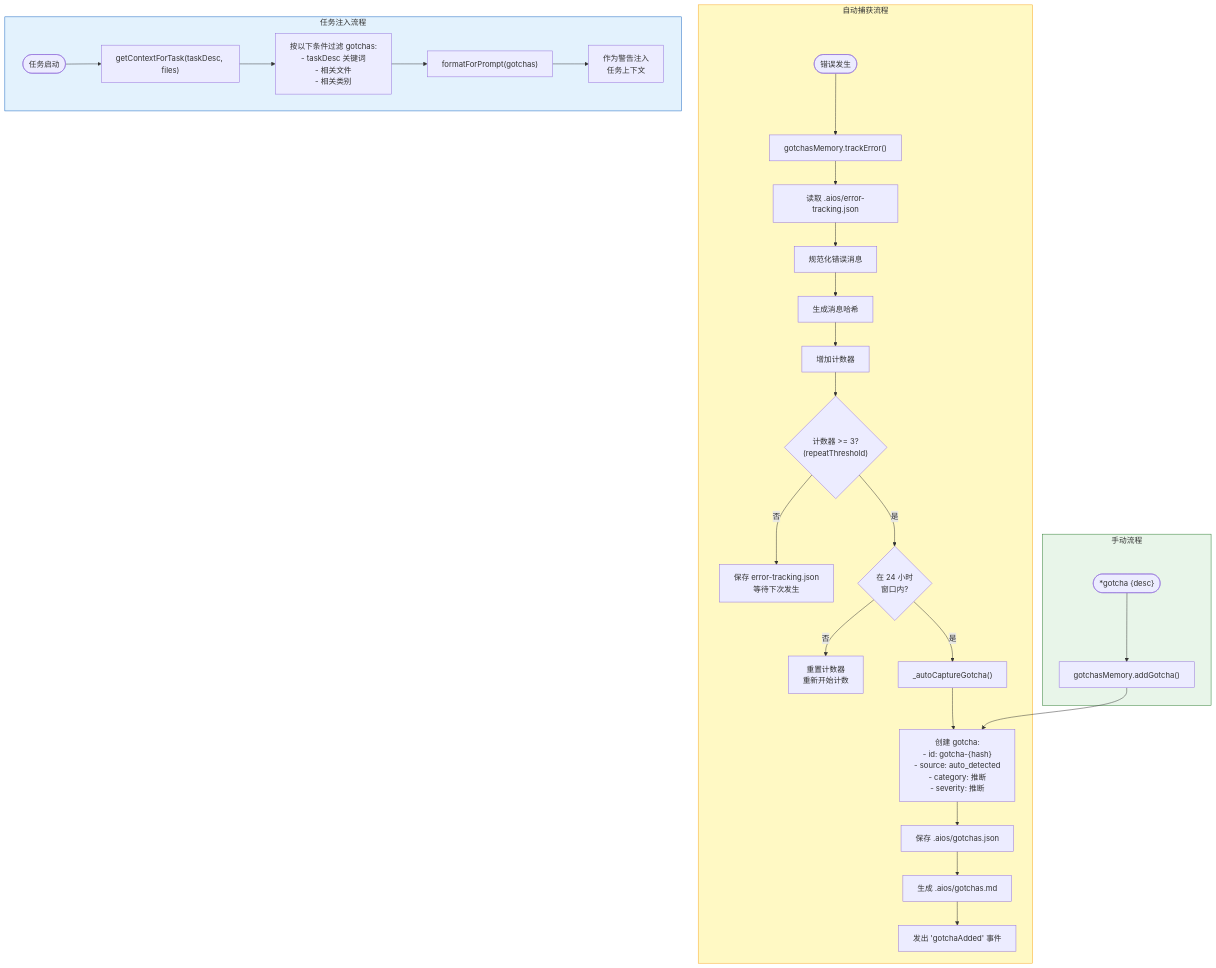
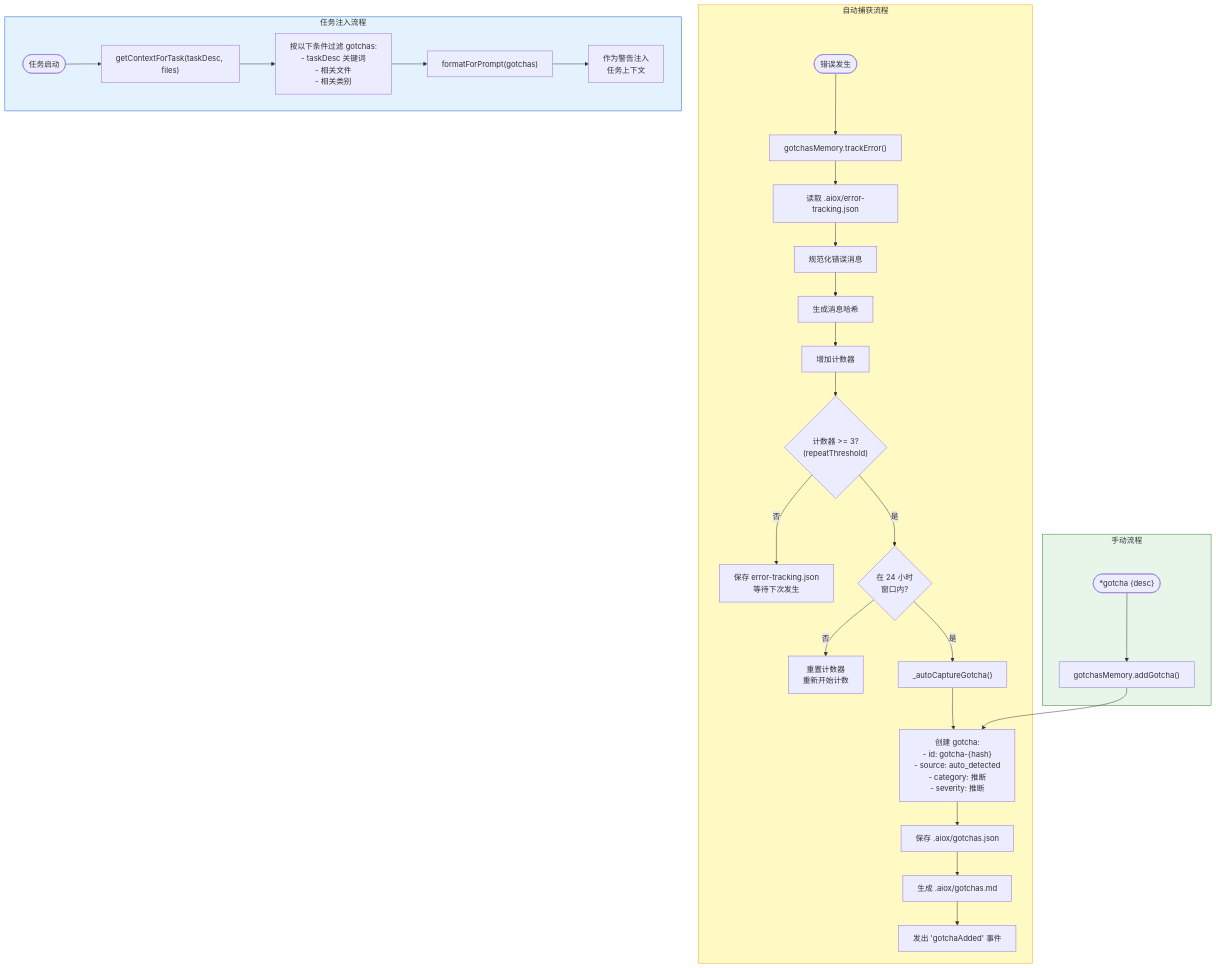
One commit to brunajunckes/aiox-core changed diagram 13 of 18 in docs/zh/guides/MEMORY-SYSTEM.md. Above: the diagram before and after it, drawn with Mermaid. The commit also changed other lines of this file and 3446 other files, not shown here.

First line of the commit message:
chore: rebrand aios → aiox across entire codebase (#552)

````diff
--- a/docs/zh/guides/MEMORY-SYSTEM.md
+++ b/docs/zh/guides/MEMORY-SYSTEM.md
@@ -602,39 +602,39 @@
 ```mermaid
 flowchart TD
     subgraph ERROR_FLOW["自动捕获流程"]
         ERR([错误发生]) --> TRACK["gotchasMemory.trackError()"]
-        TRACK --> READ_ET["读取 .aios/error-tracking.json"]
+        TRACK --> READ_ET["读取 .aiox/error-tracking.json"]
         READ_ET --> NORMALIZE["规范化错误消息"]
         NORMALIZE --> HASH["生成消息哈希"]
         HASH --> INCREMENT["增加计数器"]
         INCREMENT --> CHECK{"计数器 >= 3?<br/>(repeatThreshold)"}
 
         CHECK -->|"否"| SAVE_ET["保存 error-tracking.json<br/>等待下次发生"]
         CHECK -->|"是"| WINDOW{"在 24 小时<br/>窗口内?"}
 
         WINDOW -->|"否"| RESET["重置计数器<br/>重新开始计数"]
         WINDOW -->|"是"| AUTO_CAPTURE["_autoCaptureGotcha()"]
 
         AUTO_CAPTURE --> CREATE["创建 gotcha:<br/>- id: gotcha-{hash}<br/>- source: auto_detected<br/>- category: 推断<br/>- severity: 推断"]
 
-        CREATE --> SAVE_JSON["保存 .aios/gotchas.json"]
-        SAVE_JSON --> SAVE_MD["生成 .aios/gotchas.md"]
+        CREATE --> SAVE_JSON["保存 .aiox/gotchas.json"]
+        SAVE_JSON --> SAVE_MD["生成 .aiox/gotchas.md"]
         SAVE_MD --> EMIT["发出 'gotchaAdded' 事件"]
     end
 
     subgraph MANUAL_FLOW["手动流程"]
         CMD(["*gotcha {desc}"]) --> ADD["gotchasMemory.addGotcha()"]
         ADD --> CREATE
     end
 
     subgraph INJECTION_FLOW["任务注入流程"]
         TASK([任务启动]) --> QUERY["getContextForTask(taskDesc, files)"]
         QUERY --> MATCH["按以下条件过滤 gotchas:<br/>- taskDesc 关键词<br/>- 相关文件<br/>- 相关类别"]
         MATCH --> FORMAT["formatForPrompt(gotchas)"]
         FORMAT --> INJECT["作为警告注入<br/>任务上下文"]
     end
 
     style ERROR_FLOW fill:#FFF9C4,stroke:#F9A825
     style MANUAL_FLOW fill:#E8F5E9,stroke:#2E7D32
     style INJECTION_FLOW fill:#E3F2FD,stroke:#1565C0
 ```
````
